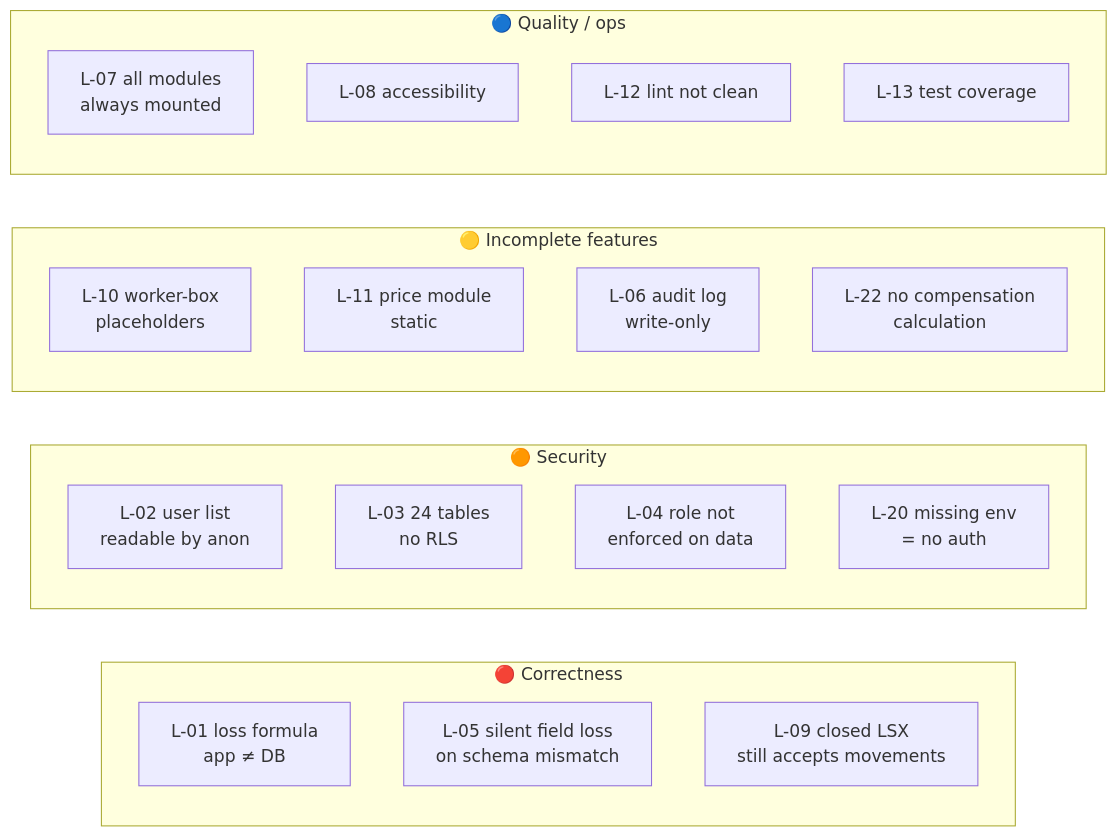
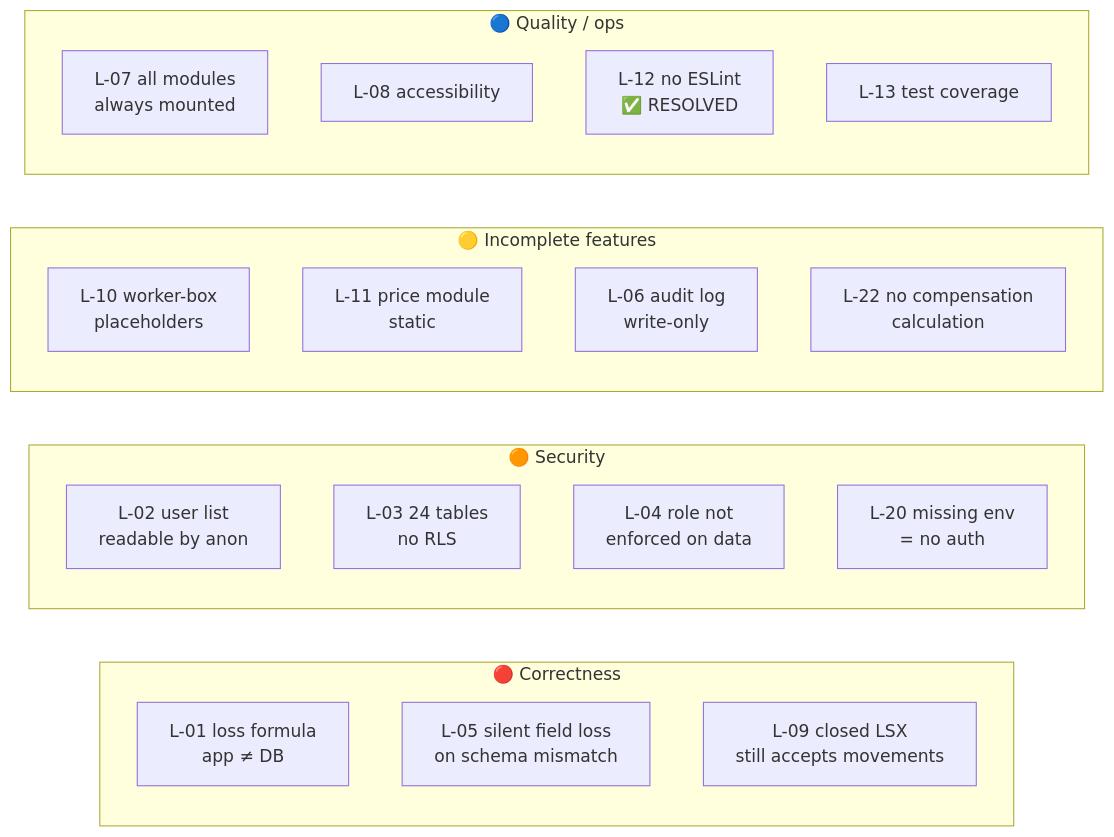
Before and after one commit to trongduy-jpg/qlkt-k2: the diagram in docs/14-known-limitations.md, drawn with Mermaid. The commit also changed other lines of this file and 7 other files, not shown here.

````diff
--- a/docs/14-known-limitations.md
+++ b/docs/14-known-limitations.md
@@ -30,26 +30,26 @@
 ```mermaid
 flowchart LR
     subgraph C["🔴 Correctness"]
         L01["L-01 loss formula<br/>app ≠ DB"]
         L05["L-05 silent field loss<br/>on schema mismatch"]
         L09["L-09 closed LSX<br/>still accepts movements"]
     end
     subgraph S["🟠 Security"]
         L02["L-02 user list<br/>readable by anon"]
         L03["L-03 24 tables<br/>no RLS"]
         L04["L-04 role not<br/>enforced on data"]
         L20["L-20 missing env<br/>= no auth"]
     end
     subgraph F["🟡 Incomplete features"]
         L10["L-10 worker-box<br/>placeholders"]
         L11["L-11 price module<br/>static"]
         L06["L-06 audit log<br/>write-only"]
         L22["L-22 no compensation<br/>calculation"]
     end
     subgraph Q["🔵 Quality / ops"]
         L07["L-07 all modules<br/>always mounted"]
         L08["L-08 accessibility"]
-        L12["L-12 lint not clean"]
+        L12["L-12 no ESLint<br/>✅ RESOLVED"]
         L13["L-13 test coverage"]
     end
 ```
````
